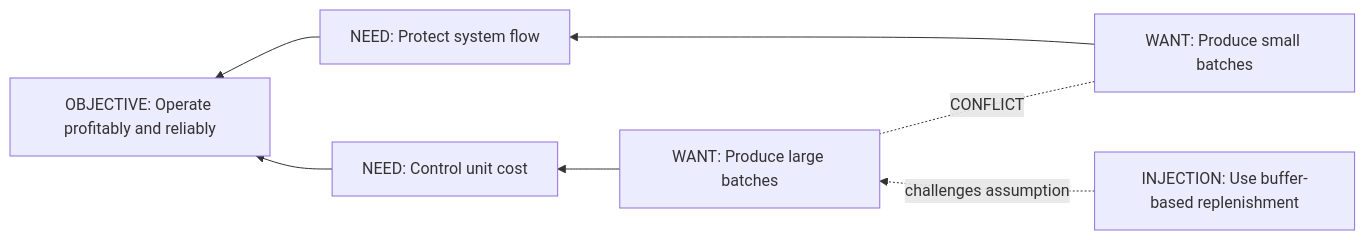
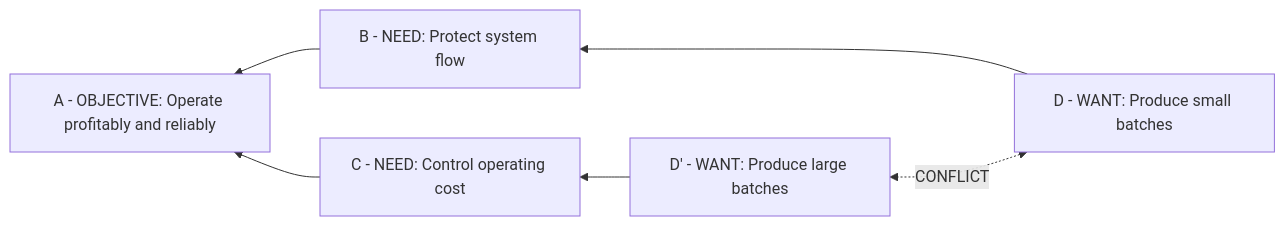
One commit to jax-101/ltp-workbench-codexxx changed the third of 4 diagrams in outputs/Semantic-Oracle-Review.md. Above: the diagram before and after it, drawn with Mermaid. The commit also changed other lines of this file and 11 other files, not shown here.

````diff
--- a/outputs/Semantic-Oracle-Review.md
+++ b/outputs/Semantic-Oracle-Review.md
@@ -68,9 +68,6 @@
 ```mermaid
 flowchart RL
-  flow["NEED: Protect system flow"] --> objective["OBJECTIVE: Operate profitably and reliably"]
-  cost["NEED: Control unit cost"] --> objective
-  small["WANT: Produce small batches"] --> flow
-  large["WANT: Produce large batches"] --> cost
-  small -. "CONFLICT" .- large
-  injection["INJECTION: Use buffer-based replenishment"] -. "challenges assumption" .-> large
+  d["D - WANT: Produce small batches"] --> b["B - NEED: Protect system flow"] --> a["A - OBJECTIVE: Operate profitably and reliably"]
+  dp["D' - WANT: Produce large batches"] --> c["C - NEED: Control operating cost"] --> a
+  d <-. "CONFLICT" .-> dp
 ```
````
